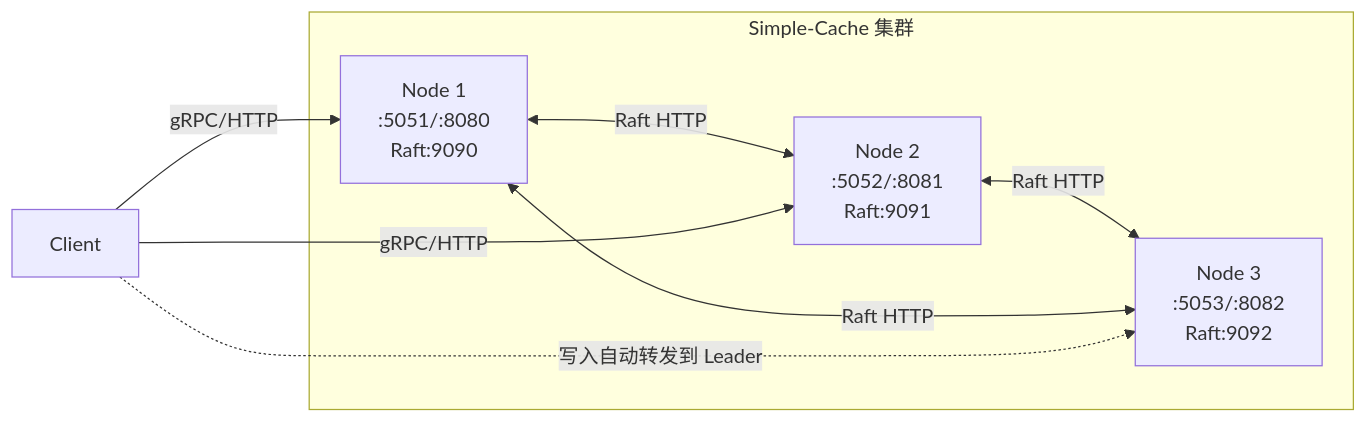
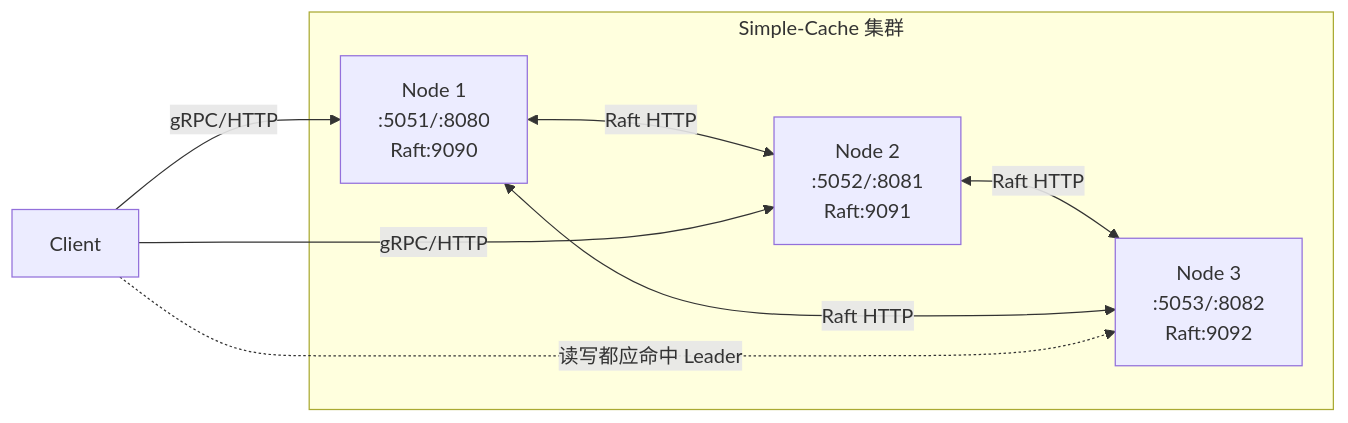
The fifth of 7 diagrams in README.md (lushenle/simple-cache), drawn with Mermaid before and after one commit. The commit also changed other lines of this file and 44 other files, not shown here.

````diff
--- a/README.md
+++ b/README.md
@@ -703,16 +722,16 @@
 ```mermaid
 graph LR
     subgraph "Simple-Cache 集群"
         N1["Node 1<br/>:5051/:8080<br/>Raft:9090"]
         N2["Node 2<br/>:5052/:8081<br/>Raft:9091"]
         N3["Node 3<br/>:5053/:8082<br/>Raft:9092"]
     end
 
     N1 <-->|Raft HTTP| N2
     N2 <-->|Raft HTTP| N3
     N1 <-->|Raft HTTP| N3
 
     Client["Client"] -->|gRPC/HTTP| N1
     Client -->|gRPC/HTTP| N2
-    Client -.->|写入自动转发到 Leader| N3
+    Client -.->|读写都应命中 Leader| N3
 ```
````
